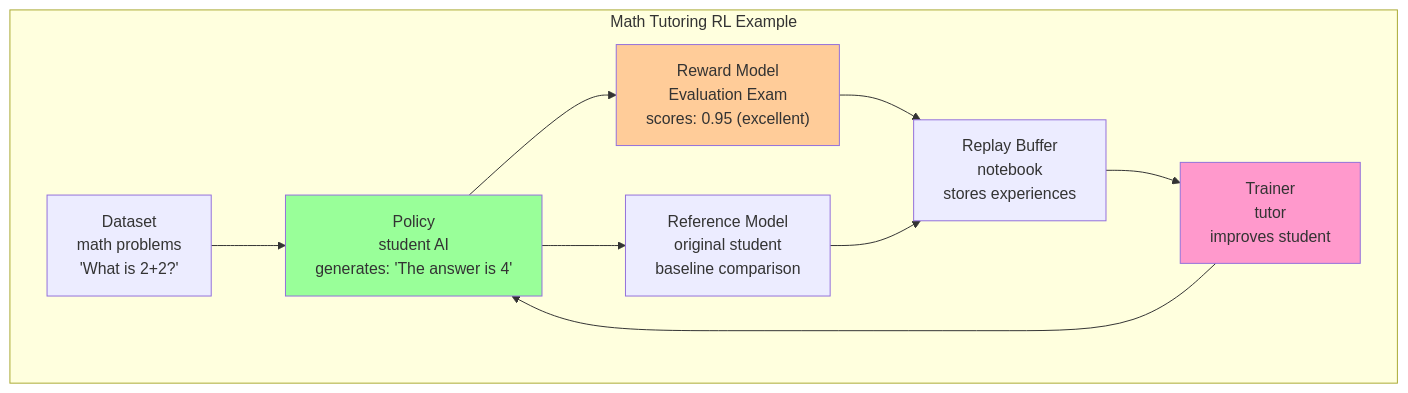
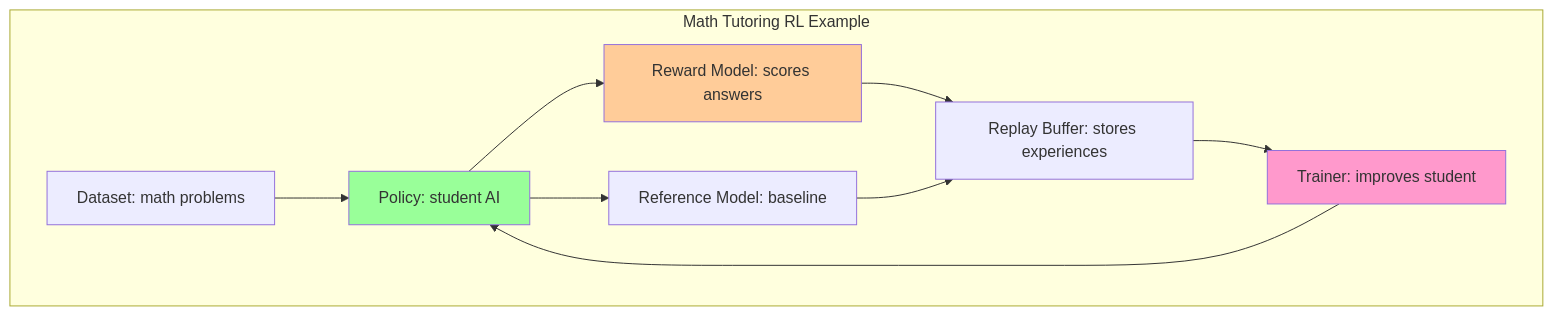
Before and after one commit to meta-pytorch/torchforge: the first of 4 diagrams in docs/Tutorials/1_RL_and_Forge_Fundamentals.MD, drawn with Mermaid. The commit also changed other lines of this file and 2 other files, not shown here.

Commit message:
fix multi line issue

````diff
--- a/docs/Tutorials/1_RL_and_Forge_Fundamentals.MD
+++ b/docs/Tutorials/1_RL_and_Forge_Fundamentals.MD
@@ -9,23 +9,23 @@
 ```mermaid
 graph TD
     subgraph Example["Math Tutoring RL Example"]
-        Dataset["Dataset<br/>math problems<br/>'What is 2+2?'"]
-        Policy["Policy<br/>student AI<br/>generates: 'The answer is 4'"]
-        Reward["Reward Model<br/>Evaluation Exam<br/>scores: 0.95 (excellent)"]
-        Reference["Reference Model<br/>original student<br/>baseline comparison"]
-        ReplayBuffer["Replay Buffer<br/>notebook<br/>stores experiences"]
-        Trainer["Trainer<br/>tutor<br/>improves student"]
+        Dataset["Dataset: math problems"]
+        Policy["Policy: student AI"]
+        Reward["Reward Model: scores answers"]
+        Reference["Reference Model: baseline"]
+        ReplayBuffer["Replay Buffer: stores experiences"]
+        Trainer["Trainer: improves student"]
     end
     
     Dataset --> Policy
     Policy --> Reward
     Policy --> Reference
     Reward --> ReplayBuffer
     Reference --> ReplayBuffer
     ReplayBuffer --> Trainer
     Trainer --> Policy
     
     style Policy fill:#99ff99
     style Reward fill:#ffcc99
     style Trainer fill:#ff99cc
 ```
````
